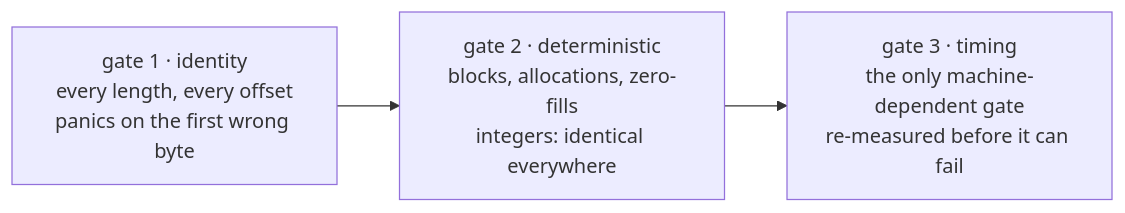
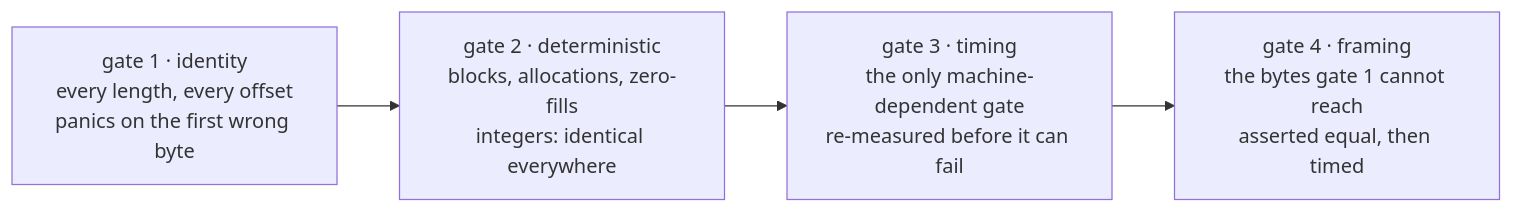
Before and after one commit to TheGorgeousIvorChival/dovetail: the diagram in docs/methodology.md, drawn with Mermaid. The commit also changed 2 other files, not shown here.

Commit message:
docs: name gate 4 and the auth id key as what checks them

````diff
--- a/docs/methodology.md
+++ b/docs/methodology.md
@@ -7,7 +7,8 @@
 ```mermaid
 graph LR
     I["gate 1 · identity<br/>every length, every offset<br/>panics on the first wrong byte"]
     D["gate 2 · deterministic<br/>blocks, allocations, zero-fills<br/>integers: identical everywhere"]
     T["gate 3 · timing<br/>the only machine-dependent gate<br/>re-measured before it can fail"]
-    I --> D --> T
+    F["gate 4 · framing<br/>the bytes gate 1 cannot reach<br/>asserted equal, then timed"]
+    I --> D --> T --> F
 ```
````
